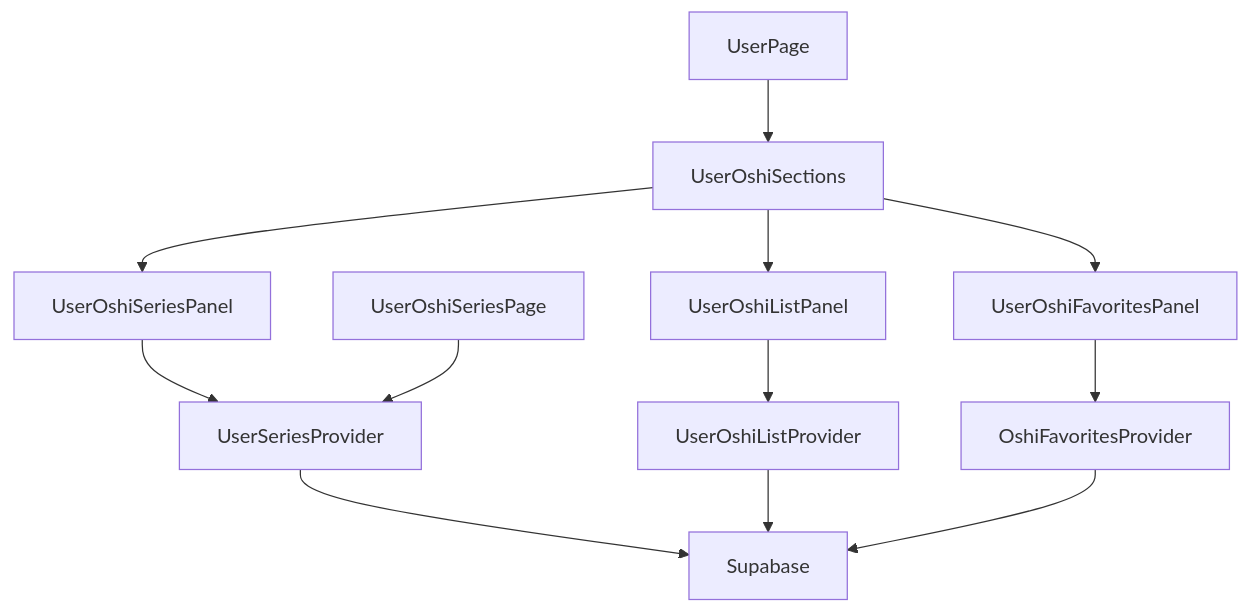
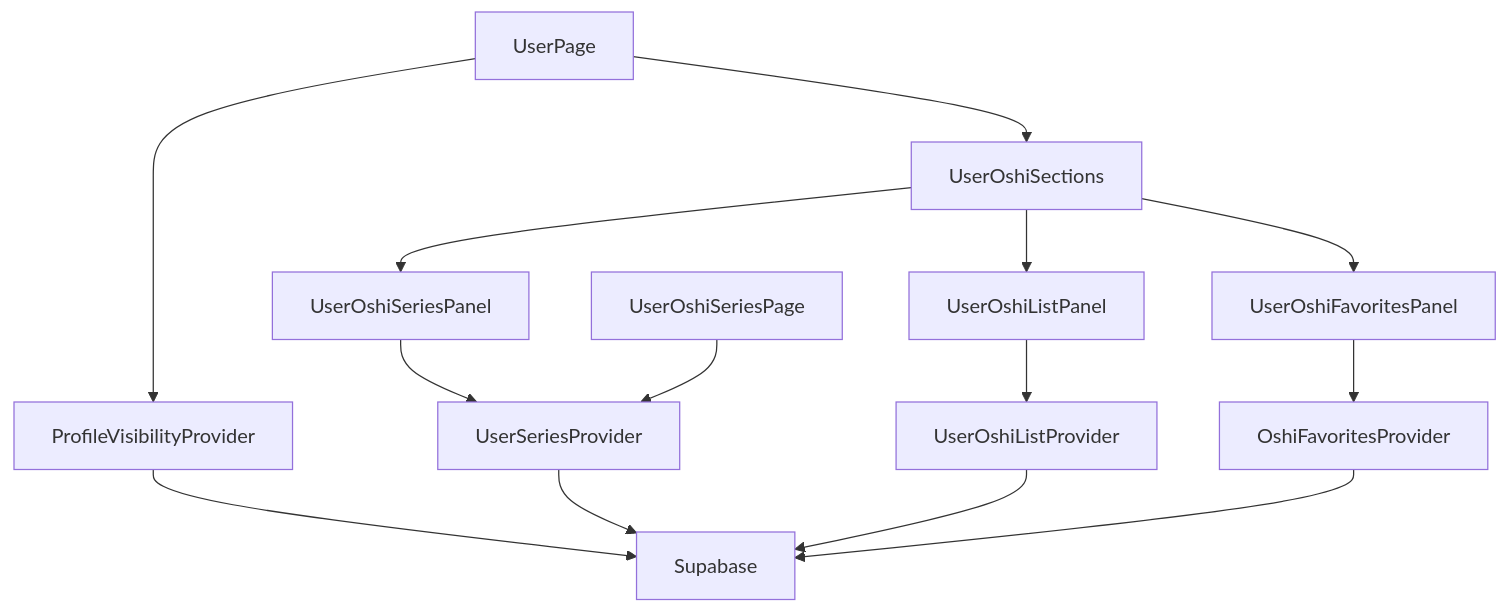
Before and after one commit to arinko39140/mangadouga: the first of 2 diagrams in .kiro/specs/mypage-oshi-sections/design.md, drawn with Mermaid. The commit also changed other lines of this file, not shown here.

Commit message:
Clarify visibility model and RLS for mypage sections

````diff
--- a/.kiro/specs/mypage-oshi-sections/design.md
+++ b/.kiro/specs/mypage-oshi-sections/design.md
@@ -66,14 +66,16 @@
 ```mermaid
 graph TB
   UserPage[UserPage] --> OshiSections[UserOshiSections]
+  UserPage --> ProfileVisibilityProvider[ProfileVisibilityProvider]
   OshiSections --> OshiListPanel[UserOshiListPanel]
   OshiSections --> OshiSeriesPanel[UserOshiSeriesPanel]
   OshiSections --> OshiFavoritesPanel[UserOshiFavoritesPanel]
   OshiListPanel --> UserOshiListProvider[UserOshiListProvider]
   OshiSeriesPanel --> UserSeriesProvider[UserSeriesProvider]
   OshiFavoritesPanel --> OshiFavoritesProvider[OshiFavoritesProvider]
+  ProfileVisibilityProvider --> Supabase[Supabase]
   UserSeriesProvider --> Supabase[Supabase]
   UserOshiListProvider --> Supabase
   OshiFavoritesProvider --> Supabase
   UserSeriesPage[UserOshiSeriesPage] --> UserSeriesProvider
 ```
````
